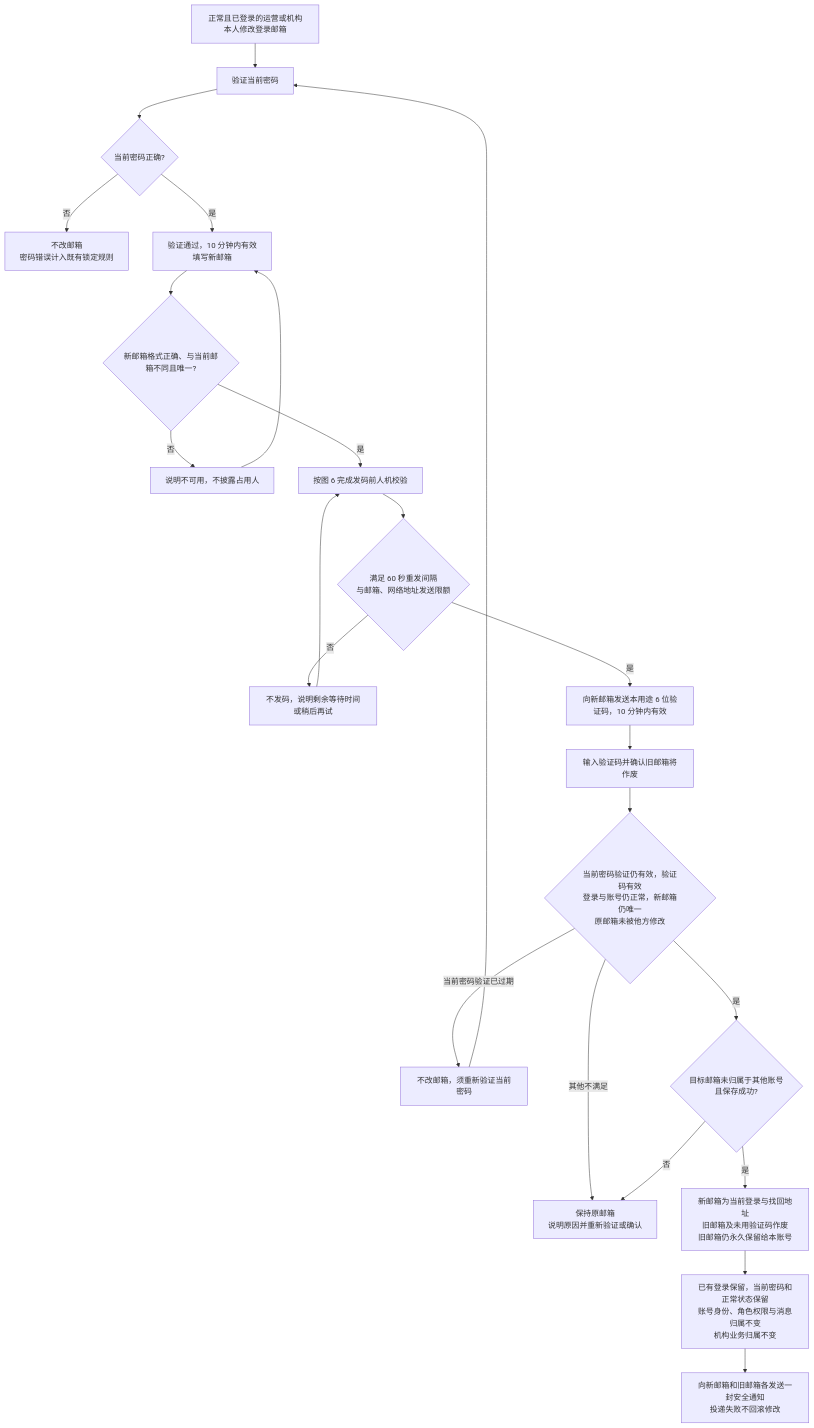
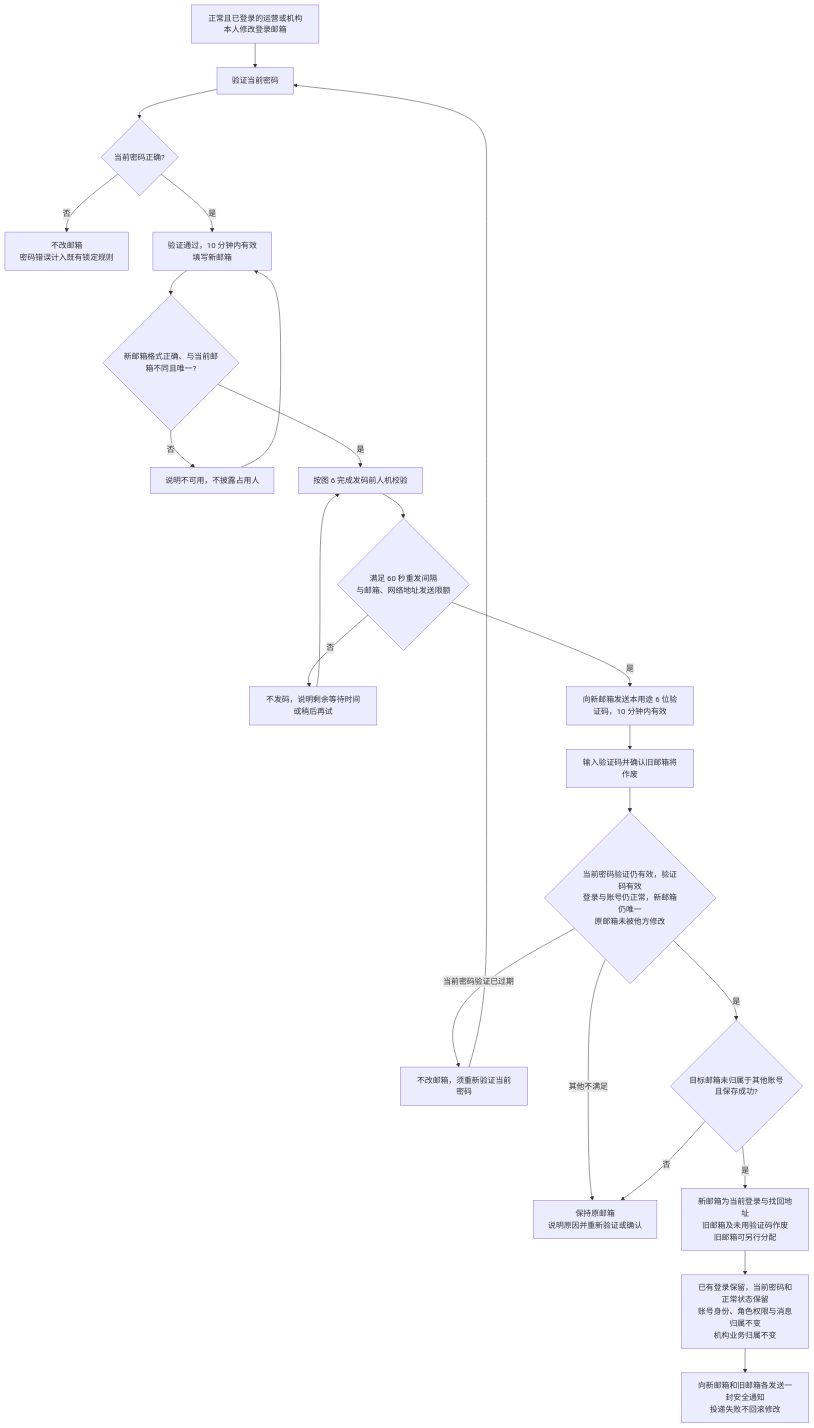
The seventh of 9 diagrams in token-issuance-platform/PRD/管理端/M5-管理端登录与权限/02-管理端登录与权限-流程图与状态机.md (wxblockchain/Chain-Financing), drawn with Mermaid before and after one commit. The commit also changed other lines of this file and 5 other files, not shown here.

````diff
--- a/token-issuance-platform/PRD/管理端/M5-管理端登录与权限/02-管理端登录与权限-流程图与状态机.md
+++ b/token-issuance-platform/PRD/管理端/M5-管理端登录与权限/02-管理端登录与权限-流程图与状态机.md
@@ -179,25 +179,25 @@
 ```mermaid
 flowchart TD
     A[正常且已登录的运营或机构本人修改登录邮箱] --> B[验证当前密码]
     B --> C{当前密码正确?}
     C -->|否| D[不改邮箱<br/>密码错误计入既有锁定规则]
     C -->|是| B1[验证通过，10 分钟内有效<br/>填写新邮箱]
     B1 --> C1{新邮箱格式正确、与当前邮箱不同且唯一?}
     C1 -->|否| D1[说明不可用，不披露占用人]
     D1 --> B1
     C1 -->|是| E2[按图 6 完成发码前人机校验]
     E2 --> E0{满足 60 秒重发间隔<br/>与邮箱、网络地址发送限额}
     E0 -->|否| E1[不发码，说明剩余等待时间或稍后再试]
     E1 --> E2
     E0 -->|是| E[向新邮箱发送本用途 6 位验证码，10 分钟内有效]
     E --> F[输入验证码并确认旧邮箱将作废]
     F --> G{当前密码验证仍有效，验证码有效<br/>登录与账号仍正常，新邮箱仍唯一<br/>原邮箱未被他方修改}
     G -->|当前密码验证已过期| G1[不改邮箱，须重新验证当前密码]
     G1 --> B
     G -->|其他不满足| H[保持原邮箱<br/>说明原因并重新验证或确认]
     G -->|是| I{目标邮箱未归属于其他账号<br/>且保存成功?}
     I -->|否| H
-    I -->|是| J[新邮箱为当前登录与找回地址<br/>旧邮箱及未用验证码作废<br/>旧邮箱仍永久保留给本账号]
+    I -->|是| J[新邮箱为当前登录与找回地址<br/>旧邮箱及未用验证码作废<br/>旧邮箱可另行分配]
     J --> K[已有登录保留，当前密码和正常状态保留<br/>账号身份、角色权限与消息归属不变<br/>机构业务归属不变]
     K --> L[向新邮箱和旧邮箱各发送一封安全通知<br/>投递失败不回滚修改]
 ```
````
